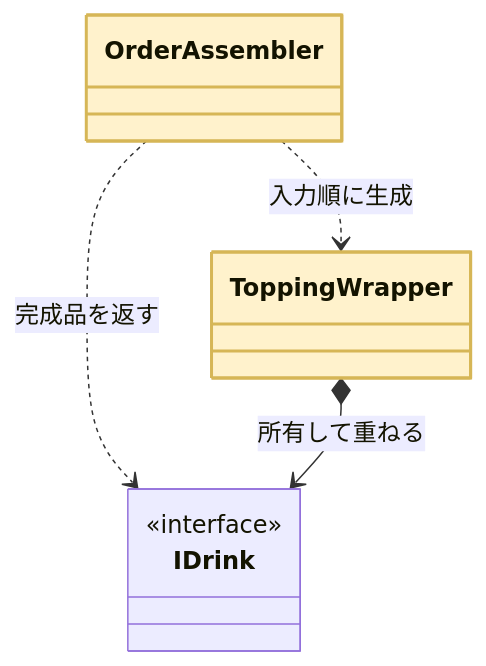
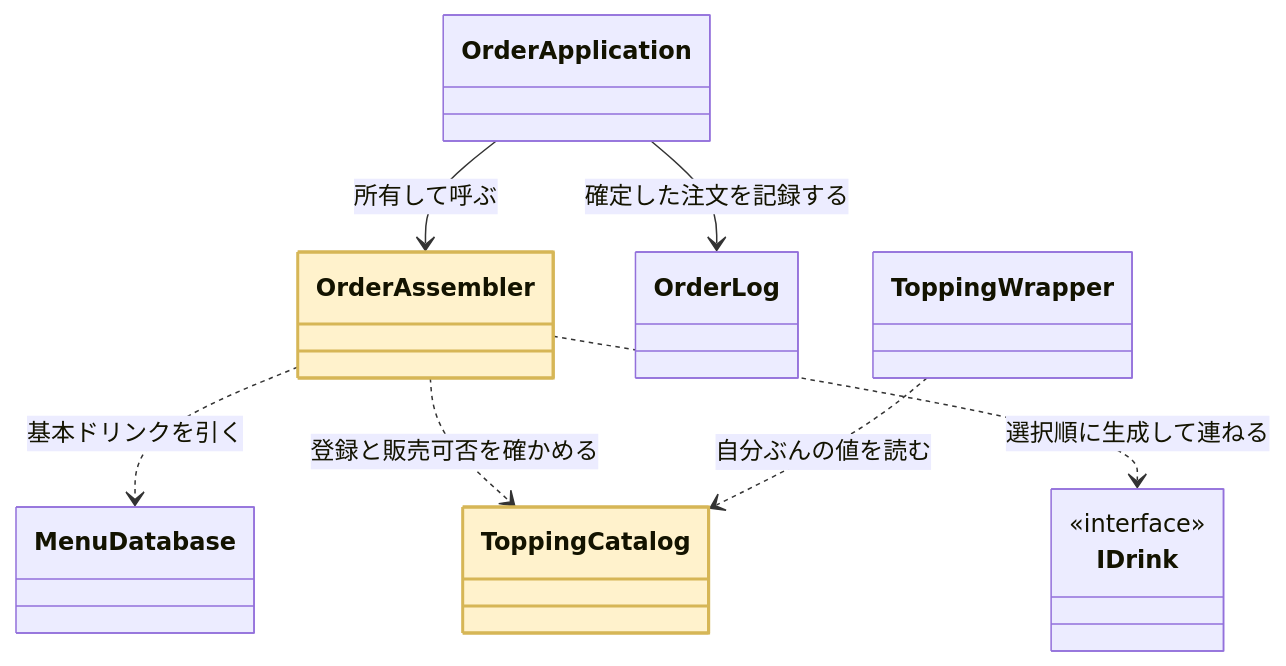
One commit to kumachan1101-pixel/DesignPattern changed diagram 12 of 18 in kindle/design-patterns/output/chapter06.md. Above: the diagram before and after it, drawn with Mermaid. The commit also changed other lines of this file and 3 other files, not shown here.

````diff
--- a/kindle/design-patterns/output/chapter06.md
+++ b/kindle/design-patterns/output/chapter06.md
@@ -1278,12 +1781,19 @@
 ```mermaid
 classDiagram
+    class OrderApplication
     class OrderAssembler
+    class ToppingCatalog
+    class MenuDatabase
+    class OrderLog
     class IDrink { <<interface>> }
     class ToppingWrapper
-    OrderAssembler ..> ToppingWrapper : 入力順に生成
-    OrderAssembler ..> IDrink : 完成品を返す
-    ToppingWrapper *--> IDrink : 所有して重ねる
+    OrderApplication --> OrderAssembler : 所有して呼ぶ
+    OrderApplication --> OrderLog : 確定した注文を記録する
+    OrderAssembler ..> MenuDatabase : 基本ドリンクを引く
+    OrderAssembler ..> ToppingCatalog : 登録と販売可否を確かめる
+    OrderAssembler ..> IDrink : 選択順に生成して連ねる
+    ToppingWrapper ..> ToppingCatalog : 自分ぶんの値を読む
     class OrderAssembler:::focus
-    class ToppingWrapper:::focus
+    class ToppingCatalog:::focus
     classDef focus fill:#FFF2CC,stroke:#D6B656,stroke-width:2px
 ```
````
